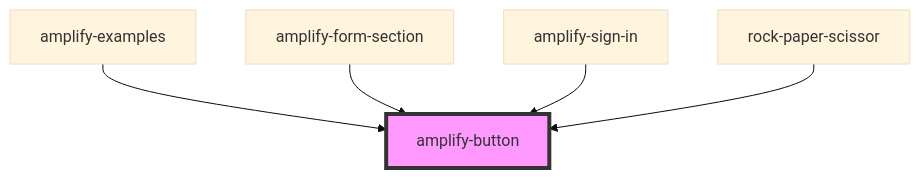
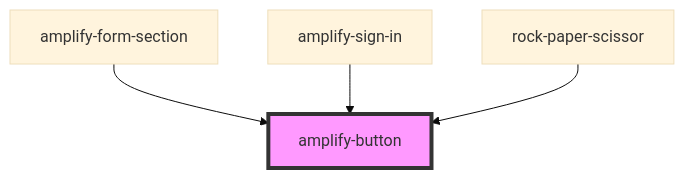
Before and after one commit to aws-amplify/amplify-js: the diagram in packages/amplify-ui-components/src/components/amplify-button/readme.md, drawn with Mermaid (base theme). The commit also changed other lines of this file and 18 other files, not shown here.

````diff
--- a/packages/amplify-ui-components/src/components/amplify-button/readme.md
+++ b/packages/amplify-ui-components/src/components/amplify-button/readme.md
@@ -27,8 +26,7 @@
 ```mermaid
 graph TD;
-  amplify-examples --> amplify-button
   amplify-form-section --> amplify-button
   amplify-sign-in --> amplify-button
   rock-paper-scissor --> amplify-button
   style amplify-button fill:#f9f,stroke:#333,stroke-width:4px
 ```
````
